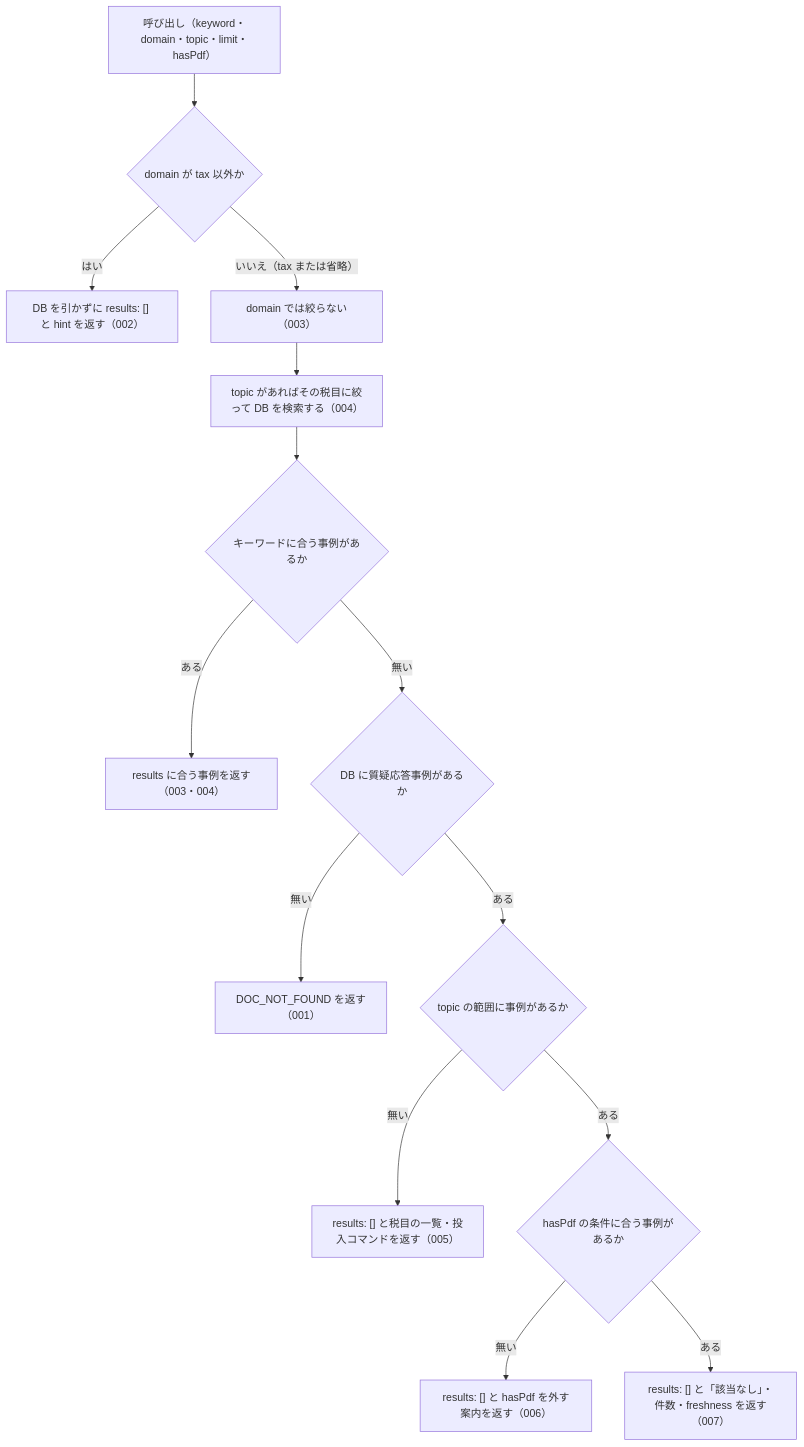
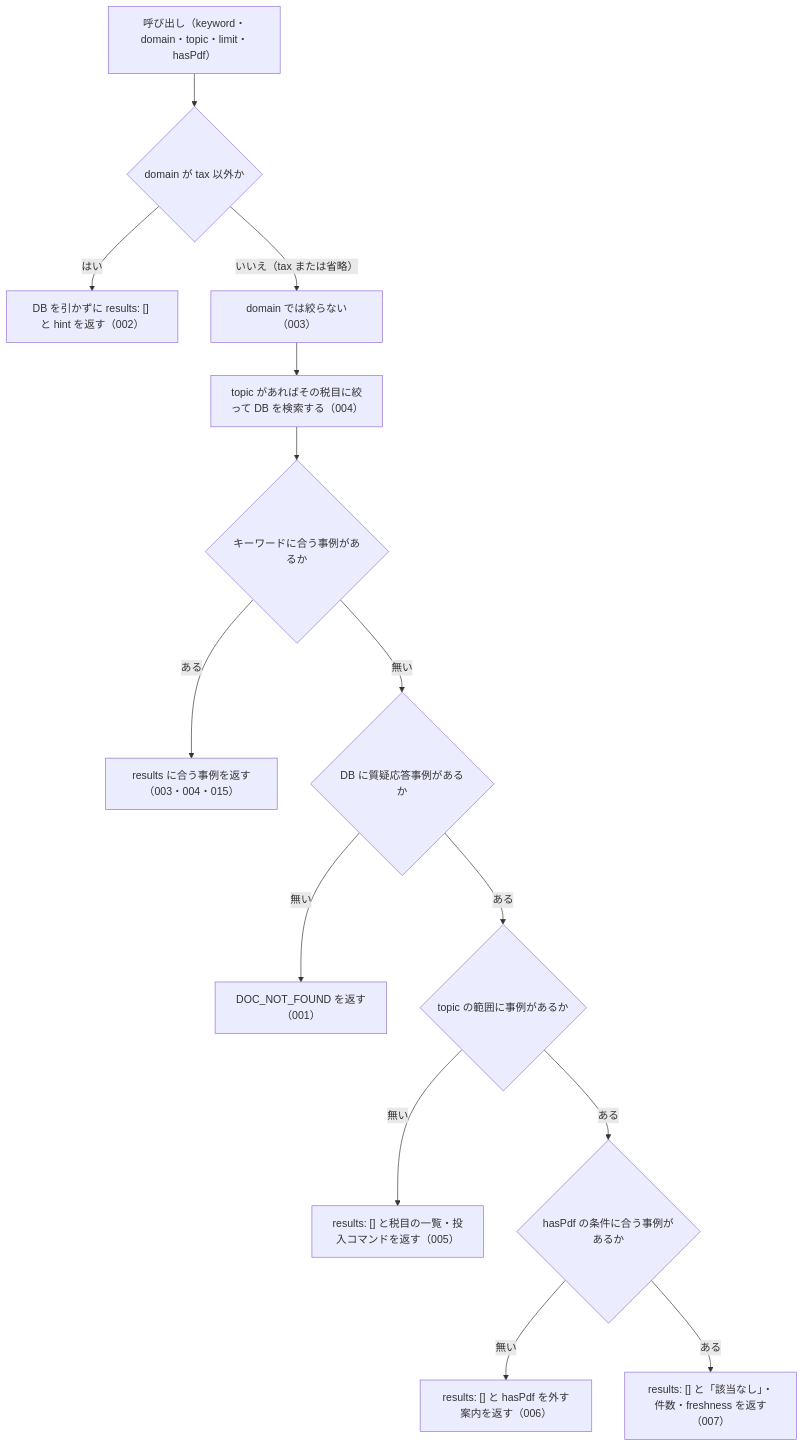
One commit to shuji-bonji/houki-nta-mcp changed the diagram in specs/current/nta_search_qa/spec.md. Above: the diagram before and after it, drawn with Mermaid. The commit also changed other lines of this file and 45 other files, not shown here.

````diff
--- a/specs/current/nta_search_qa/spec.md
+++ b/specs/current/nta_search_qa/spec.md
@@ -31,16 +31,16 @@
 ```mermaid
 flowchart TD
   A["呼び出し（keyword・domain・topic・limit・hasPdf）"] --> B{"domain が tax 以外か"}
   B -- はい --> E1["DB を引かずに results: [] と hint を返す（002）"]
   B -- "いいえ（tax または省略）" --> C["domain では絞らない（003）"]
   C --> D["topic があればその税目に絞って DB を検索する（004）"]
   D --> F{"キーワードに合う事例があるか"}
-  F -- ある --> G["results に合う事例を返す（003・004）"]
+  F -- ある --> G["results に合う事例を返す（003・004・015）"]
   F -- 無い --> H{"DB に質疑応答事例があるか"}
   H -- 無い --> E2["DOC_NOT_FOUND を返す（001）"]
   H -- ある --> I{"topic の範囲に事例があるか"}
   I -- 無い --> E3["results: [] と税目の一覧・投入コマンドを返す（005）"]
   I -- ある --> J{"hasPdf の条件に合う事例があるか"}
   J -- 無い --> E4["results: [] と hasPdf を外す案内を返す（006）"]
   J -- ある --> E5["results: [] と「該当なし」・件数・freshness を返す（007）"]
 ```
````
